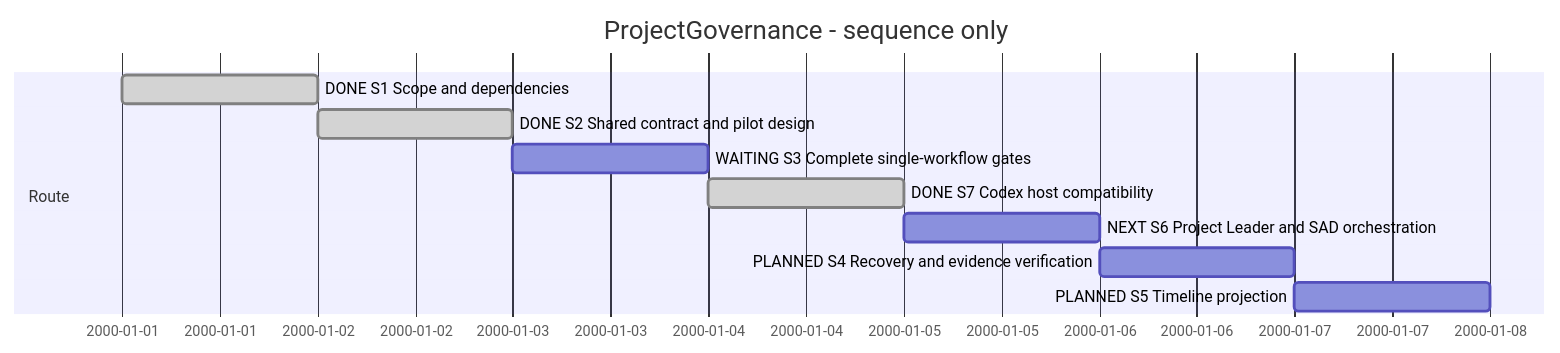
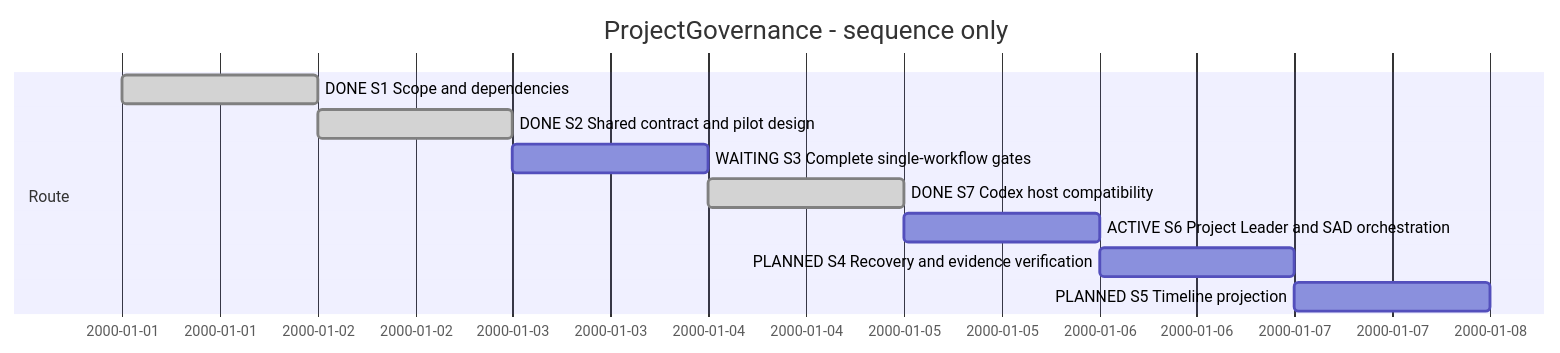
One commit to Hans-Einar/SDP changed the diagram in SDP/Sessions/session-#0007--Project_governance.md. Above: the diagram before and after it, drawn with Mermaid. The commit also changed other lines of this file and 34 other files, not shown here.

````diff
--- a/SDP/Sessions/session-#0007--Project_governance.md
+++ b/SDP/Sessions/session-#0007--Project_governance.md
@@ -11,13 +11,13 @@
 ```mermaid
 gantt
     title ProjectGovernance - sequence only
     dateFormat YYYY-MM-DD
     section Route
     DONE S1 Scope and dependencies :done,s1,2000-01-01,1d
     DONE S2 Shared contract and pilot design :done,s2,after s1,1d
     WAITING S3 Complete single-workflow gates :s3,after s2,1d
     DONE S7 Codex host compatibility :done,s7,after s3,1d
-    NEXT S6 Project Leader and SAD orchestration :s6,after s7,1d
+    ACTIVE S6 Project Leader and SAD orchestration :s6,after s7,1d
     PLANNED S4 Recovery and evidence verification :s4,after s6,1d
     PLANNED S5 Timeline projection :s5,after s4,1d
 ```
````
